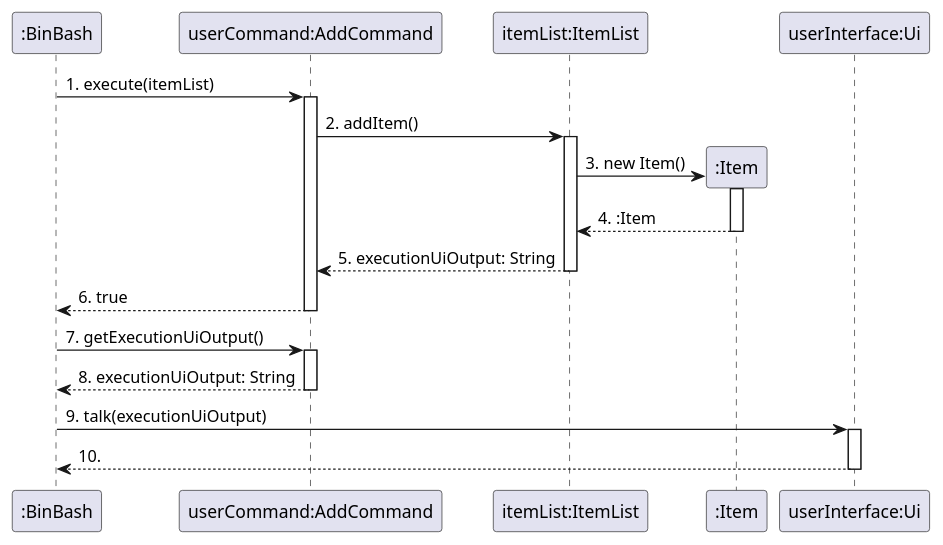
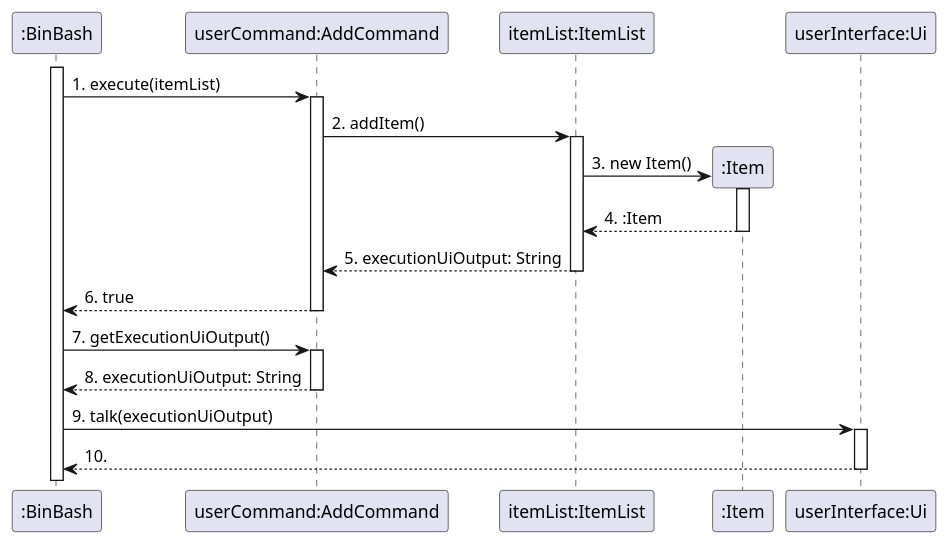
One commit to AY2324S2-CS2113T-T09-2/tp changed the diagram in docs/diagrams/AddSequenceDiagram.puml. Above: the diagram before and after it, drawn with PlantUML. The commit also changed 1 other file, not shown here.

Commit message:
Update Add-item sequence diagram

```diff
--- a/docs/diagrams/AddSequenceDiagram.puml
+++ b/docs/diagrams/AddSequenceDiagram.puml
@@ -1,24 +1,25 @@
 @startuml
 
 participant ":BinBash"
+activate ":BinBash"
 participant "userCommand:AddCommand"
 
 ":BinBash" -> "userCommand:AddCommand" : 1. execute(itemList)
 activate "userCommand:AddCommand"
 "userCommand:AddCommand" -> "itemList:ItemList" : 2. addItem()
 activate "itemList:ItemList"
 
 "itemList:ItemList" -> ":Item"** : 3. new Item()
 activate ":Item"
 return 4. :Item
 return 5. executionUiOutput: String
 return 6. true
 
 ":BinBash" -> "userCommand:AddCommand" : 7. getExecutionUiOutput()
 activate "userCommand:AddCommand"
 return 8. executionUiOutput: String
 ":BinBash" -> "userInterface:Ui" : 9. talk(executionUiOutput)
 activate "userInterface:Ui"
 return 10.
 
 @enduml
```
